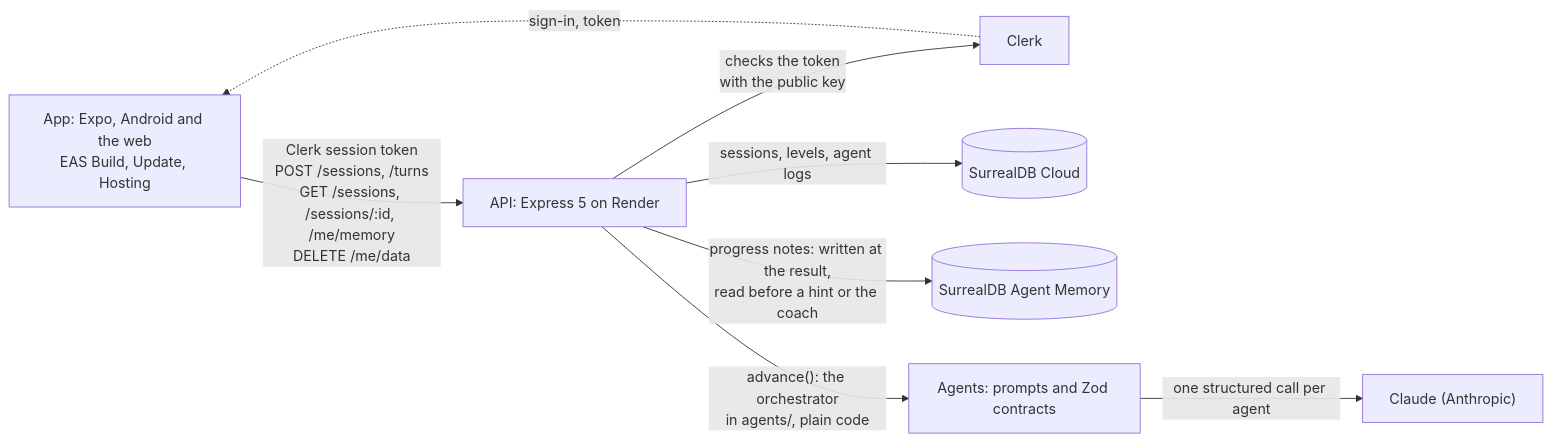
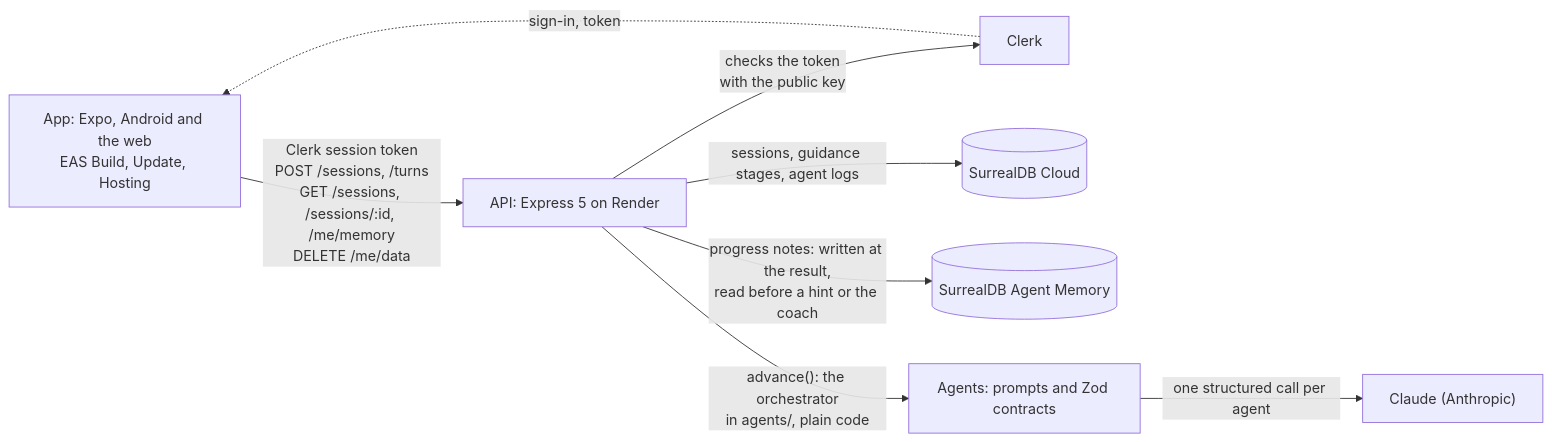
The diagram in README.md (CynthiaSalazarB/build-north), drawn with Mermaid before and after one commit. The commit also changed other lines of this file and 1 other file, not shown here.

Commit message:
docs: clarify Lumente value and guidance model

````diff
--- a/README.md
+++ b/README.md
@@ -159,10 +161,10 @@
 ```mermaid
 flowchart LR
   App["App: Expo, Android and the web<br/>EAS Build, Update, Hosting"] -->|"Clerk session token<br/>POST /sessions, /turns<br/>GET /sessions, /sessions/:id, /me/memory<br/>DELETE /me/data"| API["API: Express 5 on Render"]
   Clerk["Clerk"] -. "sign-in, token" .-> App
   API -->|"checks the token<br/>with the public key"| Clerk
-  API -->|"sessions, levels, agent logs"| DB[("SurrealDB Cloud")]
+  API -->|"sessions, guidance stages, agent logs"| DB[("SurrealDB Cloud")]
   API -->|"progress notes: written at the result,<br/>read before a hint or the coach"| Memory[("SurrealDB Agent Memory")]
   API -->|"advance(): the orchestrator<br/>in agents/, plain code"| Agents["Agents: prompts and Zod contracts"]
   Agents -->|"one structured call per agent"| Claude["Claude (Anthropic)"]
 ```
````
